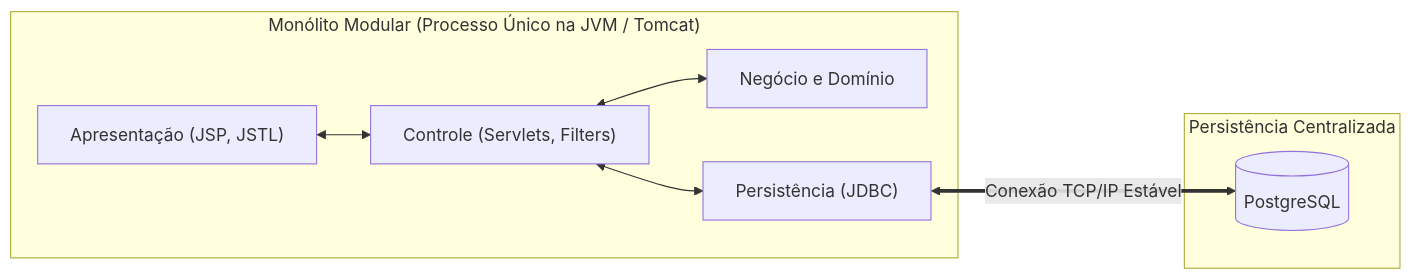
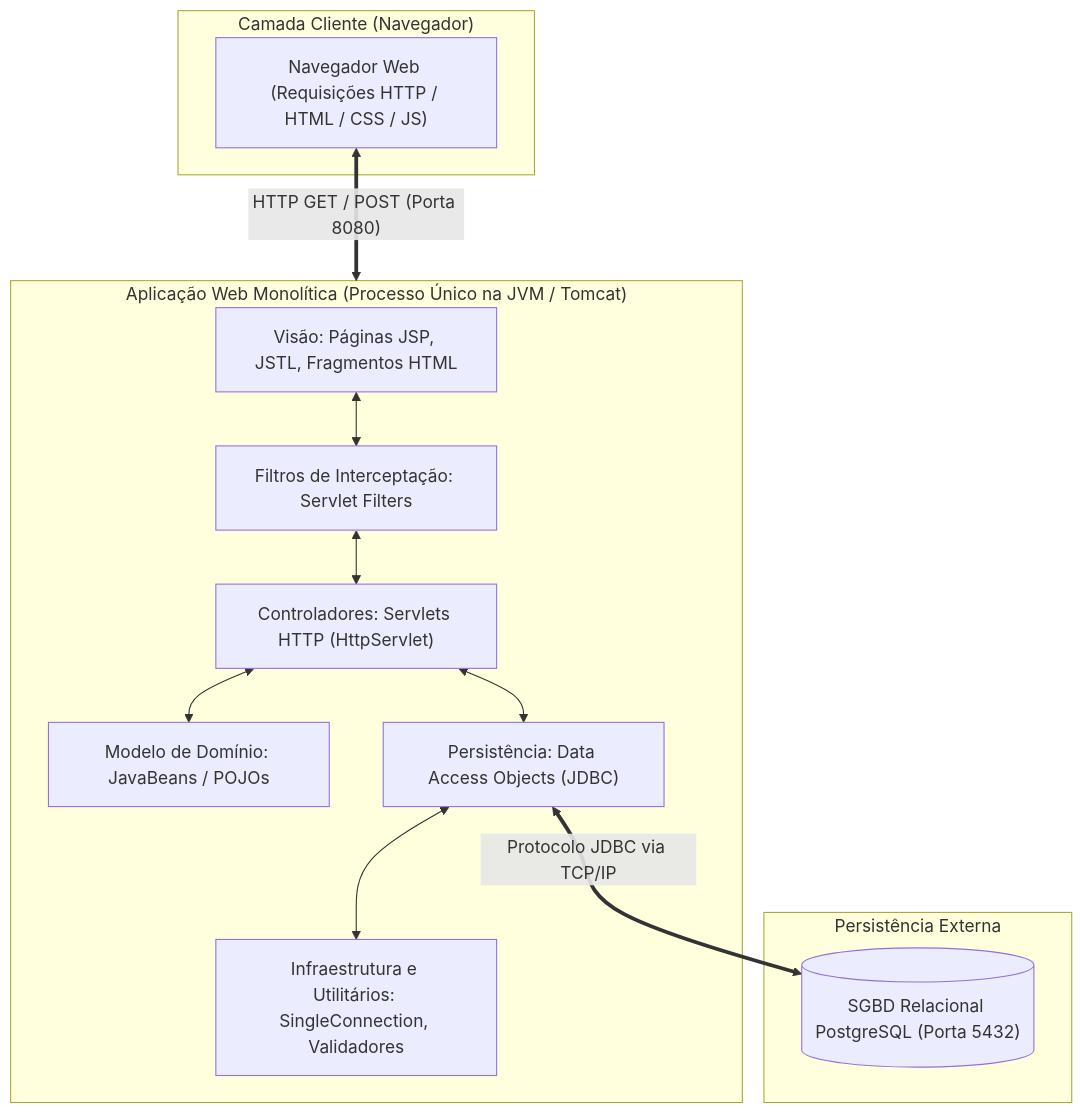
Before and after one commit to murilolol/unifef: the third of 19 diagrams in 3º Semestre/[Prof. Jefferson Passerini] Laboratório de Programação III/Resumos-IA/Caderno-Consolidado.md, drawn with Mermaid. The commit also changed other lines of this file and 40 other files, not shown here.

````diff
--- a/3º Semestre/[Prof. Jefferson Passerini] Laboratório de Programação III/Resumos-IA/Caderno-Consolidado.md
+++ b/3º Semestre/[Prof. Jefferson Passerini] Laboratório de Programação III/Resumos-IA/Caderno-Consolidado.md
@@ -518,18 +192,28 @@
 ```mermaid
-flowchart LR
-    subgraph Monolito["Monólito Modular (Processo Único na JVM / Tomcat)"]
-        UI["Apresentação (JSP, JSTL)"]
-        Ctrl["Controle (Servlets, Filters)"]
-        Model["Negócio e Domínio"]
-        DAO["Persistência (JDBC)"]
-        UI <--> Ctrl
-        Ctrl <--> Model
-        Ctrl <--> DAO
+flowchart TD
+    subgraph Cliente["Camada Cliente (Navegador)"]
+        Browser["Navegador Web (Requisições HTTP / HTML / CSS / JS)"]
     end
 
-    subgraph SGBD["Persistência Centralizada"]
-        Postgres[("PostgreSQL")]
+    subgraph Monolito["Aplicação Web Monolítica (Processo Único na JVM / Tomcat)"]
+        View["Visão: Páginas JSP, JSTL, Fragmentos HTML"]
+        Filter["Filtros de Interceptação: Servlet Filters"]
+        Controller["Controladores: Servlets HTTP (HttpServlet)"]
+        Model["Modelo de Domínio: JavaBeans / POJOs"]
+        DAO["Persistência: Data Access Objects (JDBC)"]
+        Utils["Infraestrutura e Utilitários: SingleConnection, Validadores"]
+        
+        View <--> Filter
+        Filter <--> Controller
+        Controller <--> Model
+        Controller <--> DAO
+        DAO <--> Utils
     end
 
-    DAO <==>|"Conexão TCP/IP Estável"| Postgres
+    subgraph Armazenamento["Persistência Externa"]
+        Postgres[("SGBD Relacional PostgreSQL (Porta 5432)")]
+    end
+
+    Browser <==>|"HTTP GET / POST (Porta 8080)"| Monolito
+    DAO <==>|"Protocolo JDBC via TCP/IP"| Postgres
 ```
````
